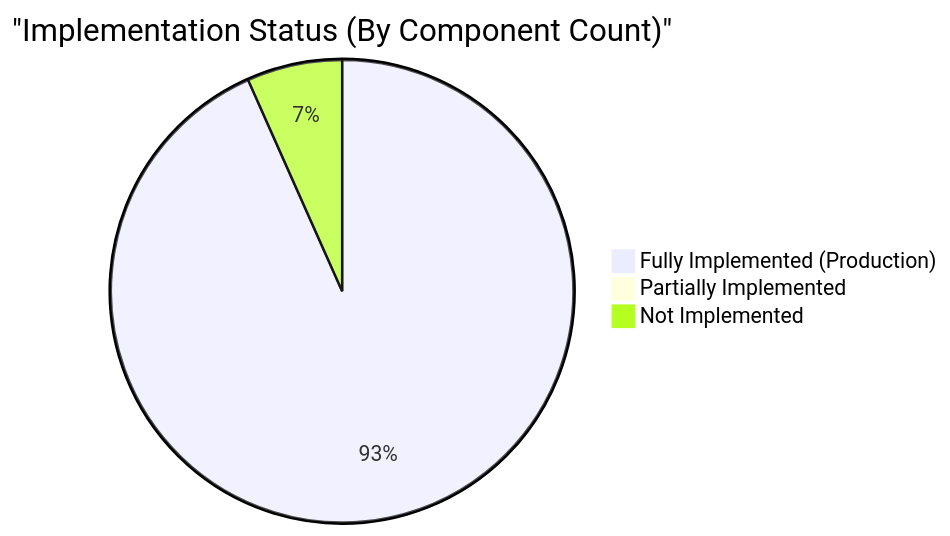
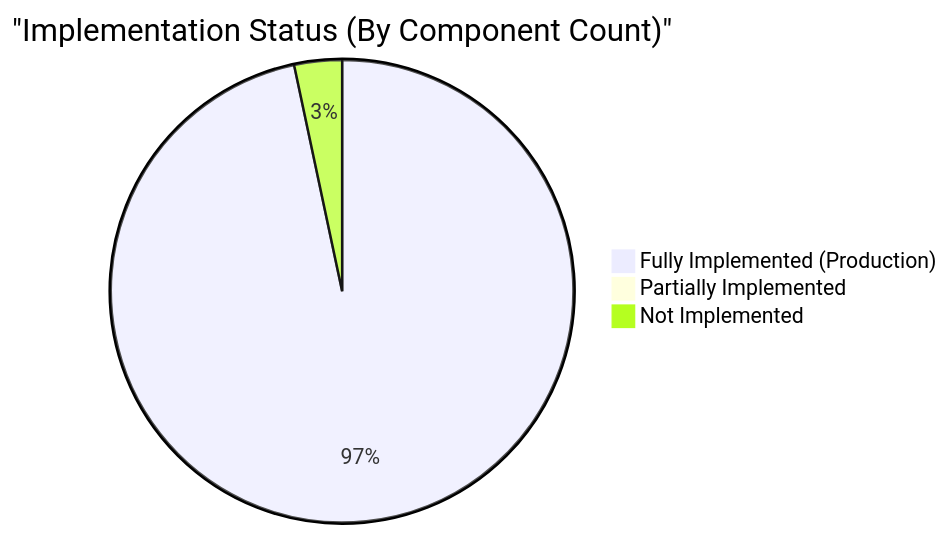
The second of 9 diagrams in docs/alpr/project-architecture-chart.md (Azhundev/oversight-alpr-app), drawn with Mermaid before and after one commit. The commit also changed other lines of this file and 5 other files, not shown here.

````diff
--- a/docs/alpr/project-architecture-chart.md
+++ b/docs/alpr/project-architecture-chart.md
@@ -164,6 +173,6 @@
 ```mermaid
 pie title "Implementation Status (By Component Count)"
-    "Fully Implemented (Production)" : 28
+    "Fully Implemented (Production)" : 29
     "Partially Implemented" : 0
-    "Not Implemented" : 2
+    "Not Implemented" : 1
 ```
````
